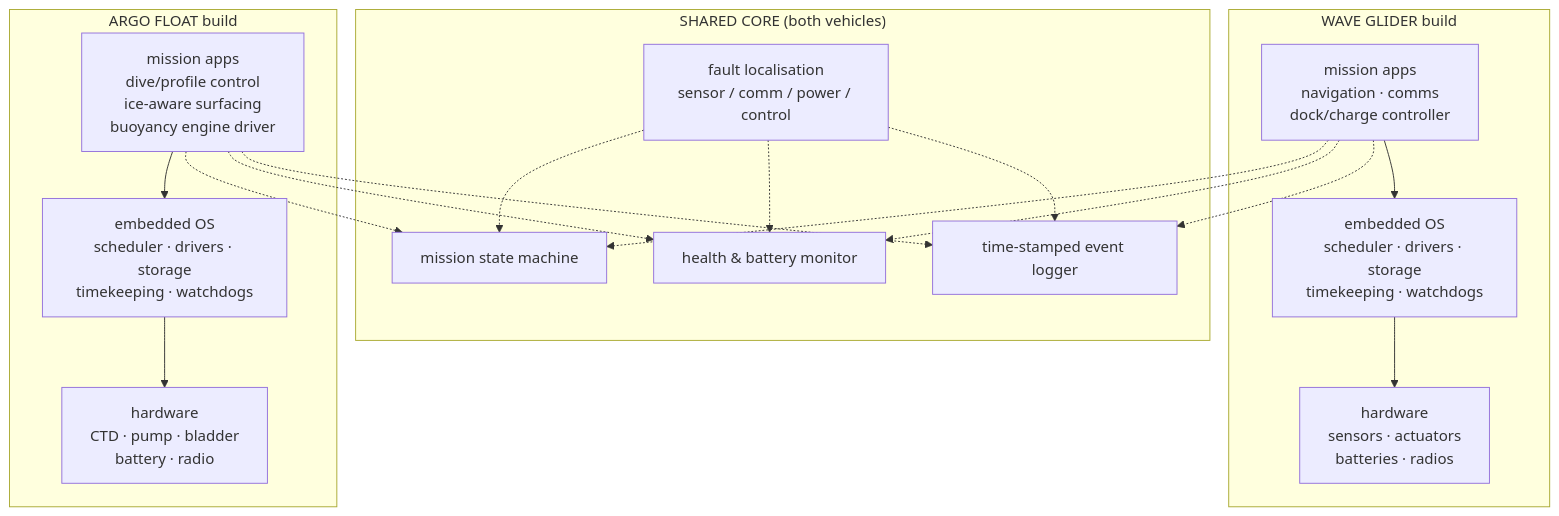
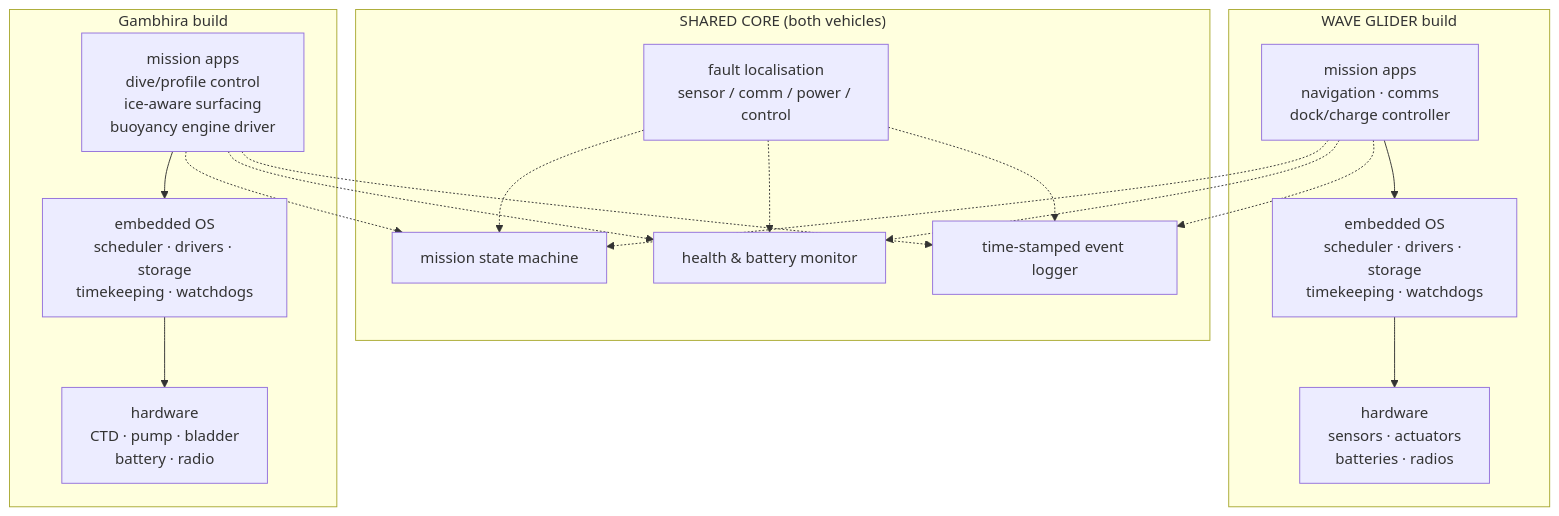
Diagram 17 of 34 in README.md (DAnuraag/Dhakshin), drawn with Mermaid before and after one commit. The commit also changed other lines of this file, not shown here.

````diff
--- a/README.md
+++ b/README.md
@@ -2660,30 +2660,30 @@
 ```mermaid
 flowchart TB
     subgraph WG["WAVE GLIDER build"]
         WGA["mission apps<br/>navigation · comms<br/>dock/charge controller"]
         WGO["embedded OS<br/>scheduler · drivers · storage<br/>timekeeping · watchdogs"]
         WGH["hardware<br/>sensors · actuators<br/>batteries · radios"]
         WGA --> WGO --> WGH
     end
     subgraph CORE["SHARED CORE (both vehicles)"]
         SM["mission state machine"]
         HM["health & battery monitor"]
         LG["time-stamped event logger"]
         FL["fault localisation<br/>sensor / comm / power / control"]
     end
-    subgraph AF["ARGO FLOAT build"]
+    subgraph AF["Gambhira build"]
         AFA["mission apps<br/>dive/profile control<br/>ice-aware surfacing<br/>buoyancy engine driver"]
         AFO["embedded OS<br/>scheduler · drivers · storage<br/>timekeeping · watchdogs"]
         AFH["hardware<br/>CTD · pump · bladder<br/>battery · radio"]
         AFA --> AFO --> AFH
     end
     WGA -.-> SM
     WGA -.-> HM
     WGA -.-> LG
     AFA -.-> SM
     AFA -.-> HM
     AFA -.-> LG
     FL -.-> SM
     FL -.-> HM
     FL -.-> LG
 ```
````
